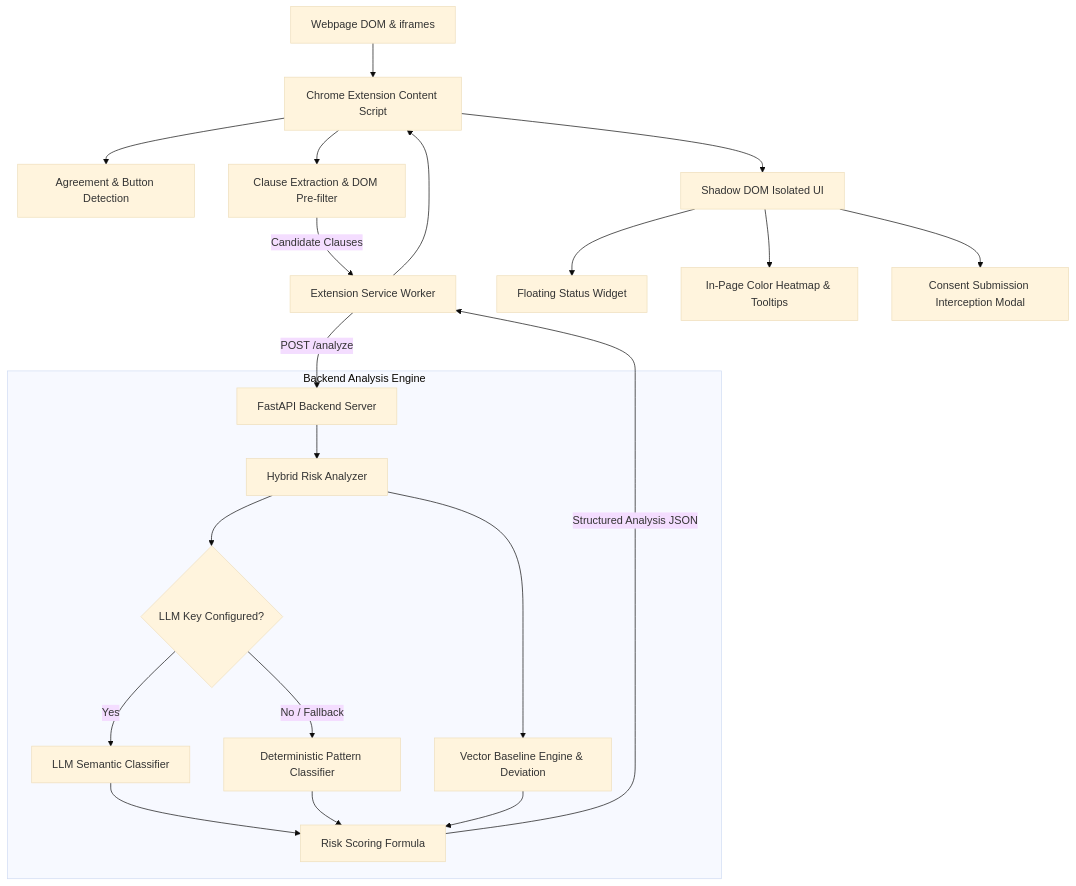
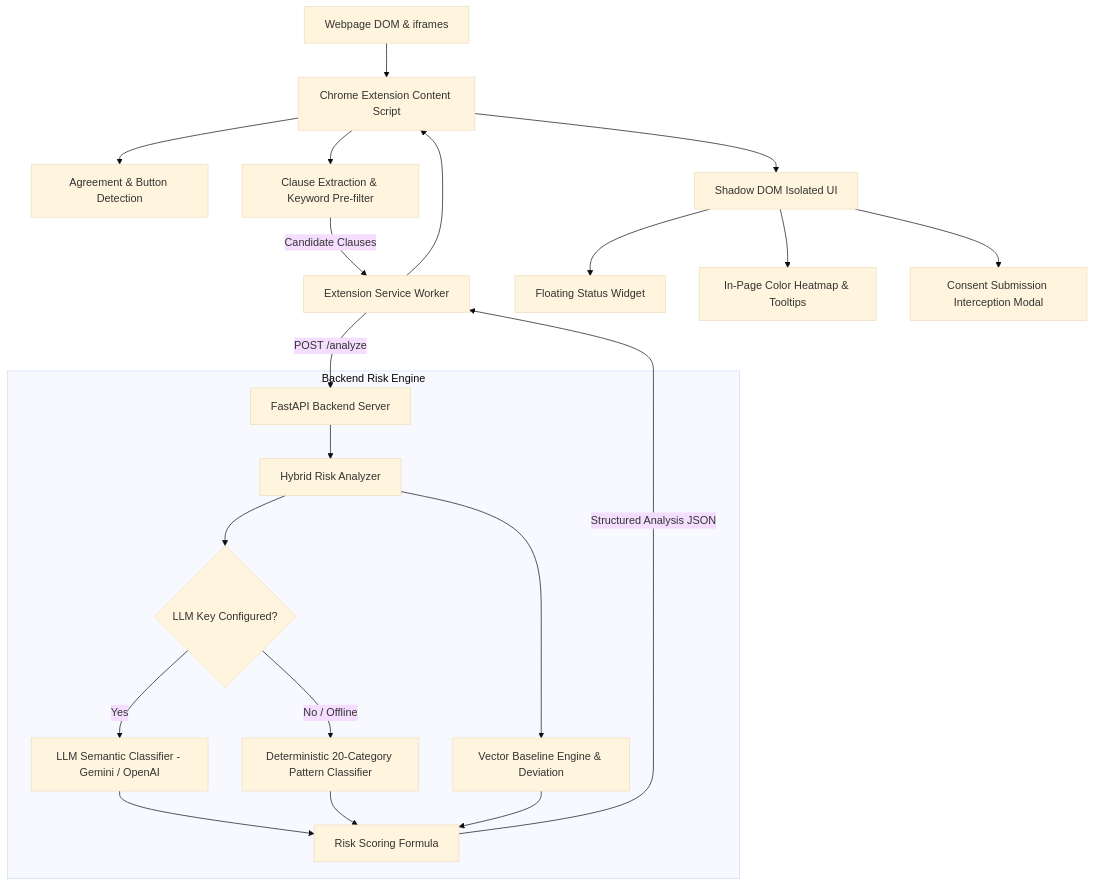
Before and after one commit to vishaal-08/WebSense: the diagram in README.md, drawn with Mermaid (base theme). The commit also changed other lines of this file, not shown here.

Commit message:
docs: finalize README polish with verified 91% statistic, differentiator, and 20-category reference

````diff
--- a/README.md
+++ b/README.md
@@ -70,26 +62,26 @@
 ```mermaid
 flowchart TD
     A[Webpage DOM & iframes] --> B[Chrome Extension Content Script]
     B --> C[Agreement & Button Detection]
-    B --> D[Clause Extraction & DOM Pre-filter]
+    B --> D[Clause Extraction & Keyword Pre-filter]
     D -->|Candidate Clauses| E[Extension Service Worker]
     E -->|POST /analyze| F[FastAPI Backend Server]
 
-    subgraph Backend Analysis Engine
+    subgraph Backend Risk Engine
         F --> G[Hybrid Risk Analyzer]
         G --> H{LLM Key Configured?}
-        H -->|Yes| I[LLM Semantic Classifier]
-        H -->|No / Fallback| J[Deterministic Pattern Classifier]
+        H -->|Yes| I[LLM Semantic Classifier - Gemini / OpenAI]
+        H -->|No / Offline| J[Deterministic 20-Category Pattern Classifier]
         G --> K[Vector Baseline Engine & Deviation]
         I --> L[Risk Scoring Formula]
         J --> L
         K --> L
     end
 
     L -->|Structured Analysis JSON| E
     E --> B
     B --> M[Shadow DOM Isolated UI]
     M --> N[Floating Status Widget]
     M --> O[In-Page Color Heatmap & Tooltips]
     M --> P[Consent Submission Interception Modal]
 ```
````
